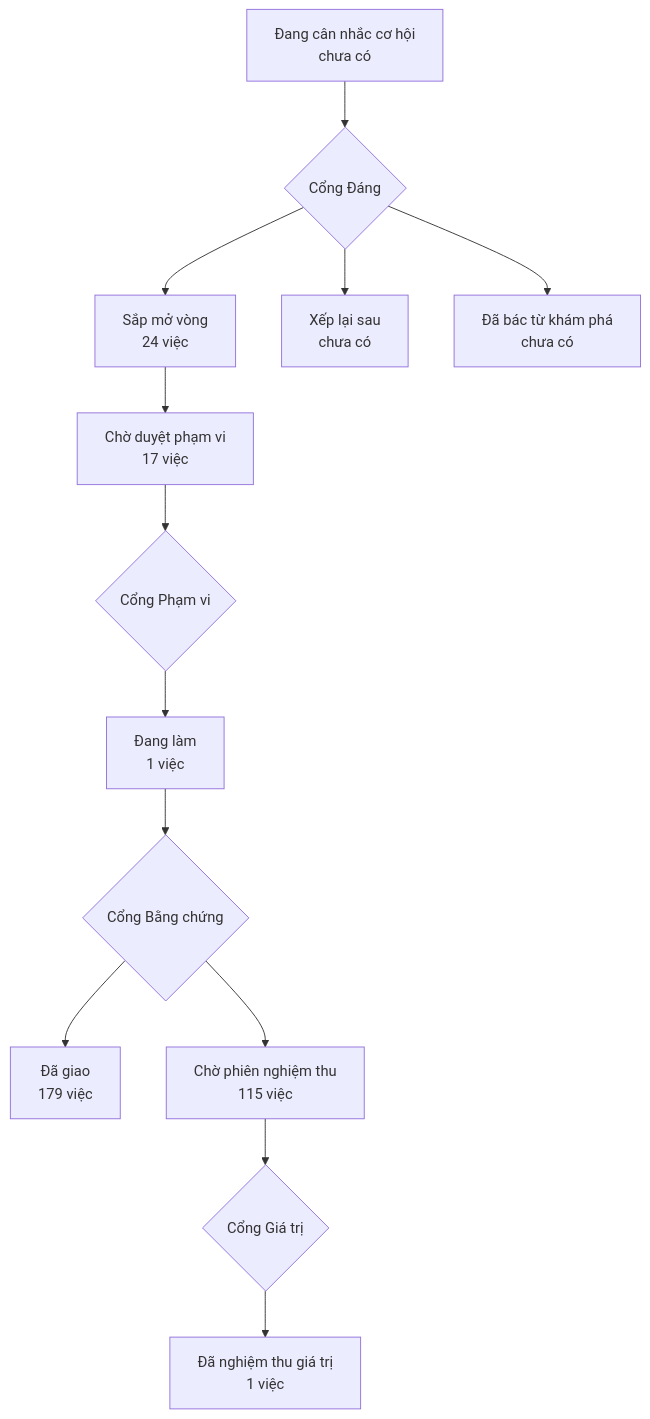
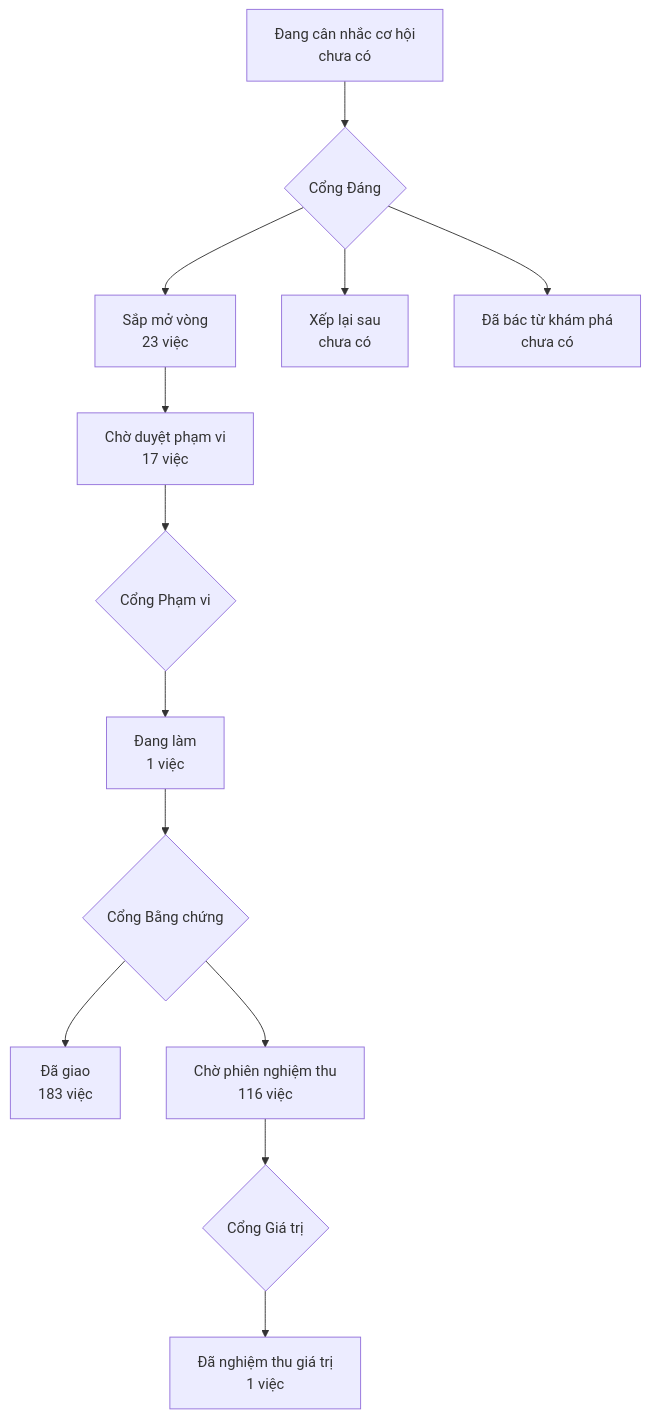
One commit to phanlemanh/onehub-invest changed the diagram in PRODUCT-MAP.md. Above: the diagram before and after it, drawn with Mermaid. The commit also changed other lines of this file and 1 other file, not shown here.

Commit message:
docs: vẽ lại bản đồ sản phẩm sau gộp main (can-gia-tot-cung-loai)

````diff
--- a/PRODUCT-MAP.md
+++ b/PRODUCT-MAP.md
@@ -7,12 +7,12 @@
 ```mermaid
 flowchart TD
   A["Đang cân nhắc cơ hội<br/>chưa có"] --> GD{"Cổng Đáng"}
-  GD --> B["Sắp mở vòng<br/>24 việc"]
+  GD --> B["Sắp mở vòng<br/>23 việc"]
   GD --> XL["Xếp lại sau<br/>chưa có"]
   GD --> DB["Đã bác từ khám phá<br/>chưa có"]
   B --> CD["Chờ duyệt phạm vi<br/>17 việc"] --> GP{"Cổng Phạm vi"}
   GP --> DL["Đang làm<br/>1 việc"] --> GB{"Cổng Bằng chứng"}
-  GB --> DG["Đã giao<br/>179 việc"]
-  GB --> CN["Chờ phiên nghiệm thu<br/>115 việc"] --> GG{"Cổng Giá trị"}
+  GB --> DG["Đã giao<br/>183 việc"]
+  GB --> CN["Chờ phiên nghiệm thu<br/>116 việc"] --> GG{"Cổng Giá trị"}
   GG --> NT["Đã nghiệm thu giá trị<br/>1 việc"]
 ```
````
